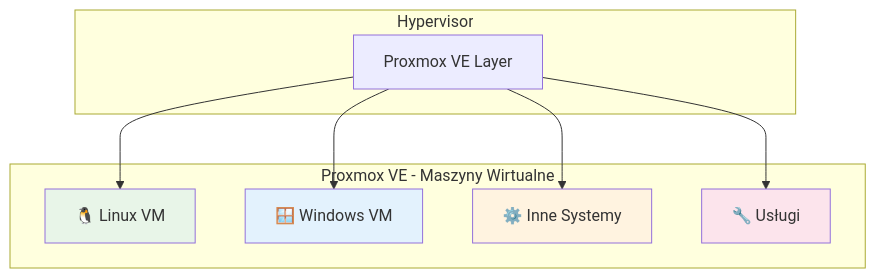
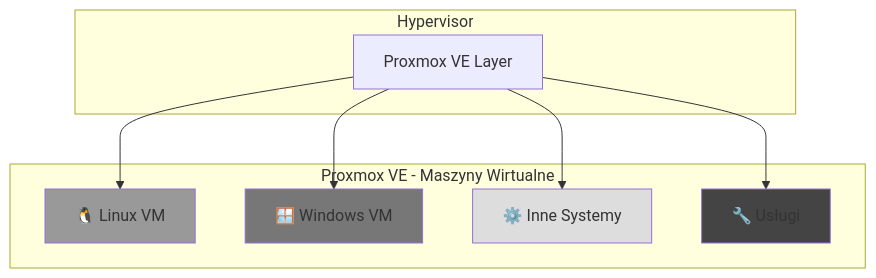
The fourth of 7 diagrams in README.md (tom-sapletta-com/proxmox), drawn with Mermaid before and after one commit. The commit also changed other lines of this file, not shown here.

````diff
--- a/README.md
+++ b/README.md
@@ -153,23 +153,23 @@
 ```mermaid
 graph TB
     subgraph "Proxmox VE - Maszyny Wirtualne"
         VM1[🐧 Linux VM]
         VM2[🪟 Windows VM]
         VM3[⚙️ Inne Systemy]
         VM4[🔧 Usługi]
     end
     
     subgraph "Hypervisor"
         PROX_LAYER[Proxmox VE Layer]
     end
     
     PROX_LAYER --> VM1
     PROX_LAYER --> VM2
     PROX_LAYER --> VM3
     PROX_LAYER --> VM4
     
-    style VM1 fill:#e8f5e8
-    style VM2 fill:#e3f2fd
-    style VM3 fill:#fff3e0
-    style VM4 fill:#fce4ec
+    style VM1 fill:#999999
+    style VM2 fill:#777777
+    style VM3 fill:#dddddd
+    style VM4 fill:#444444
 ```
````
